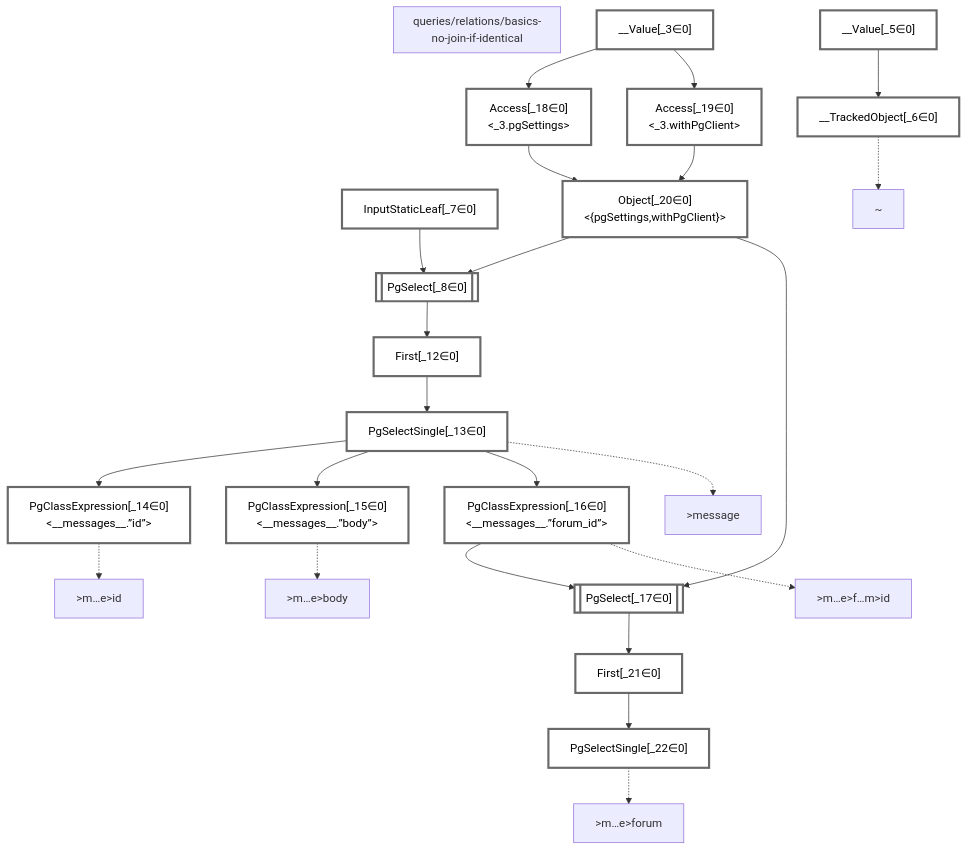
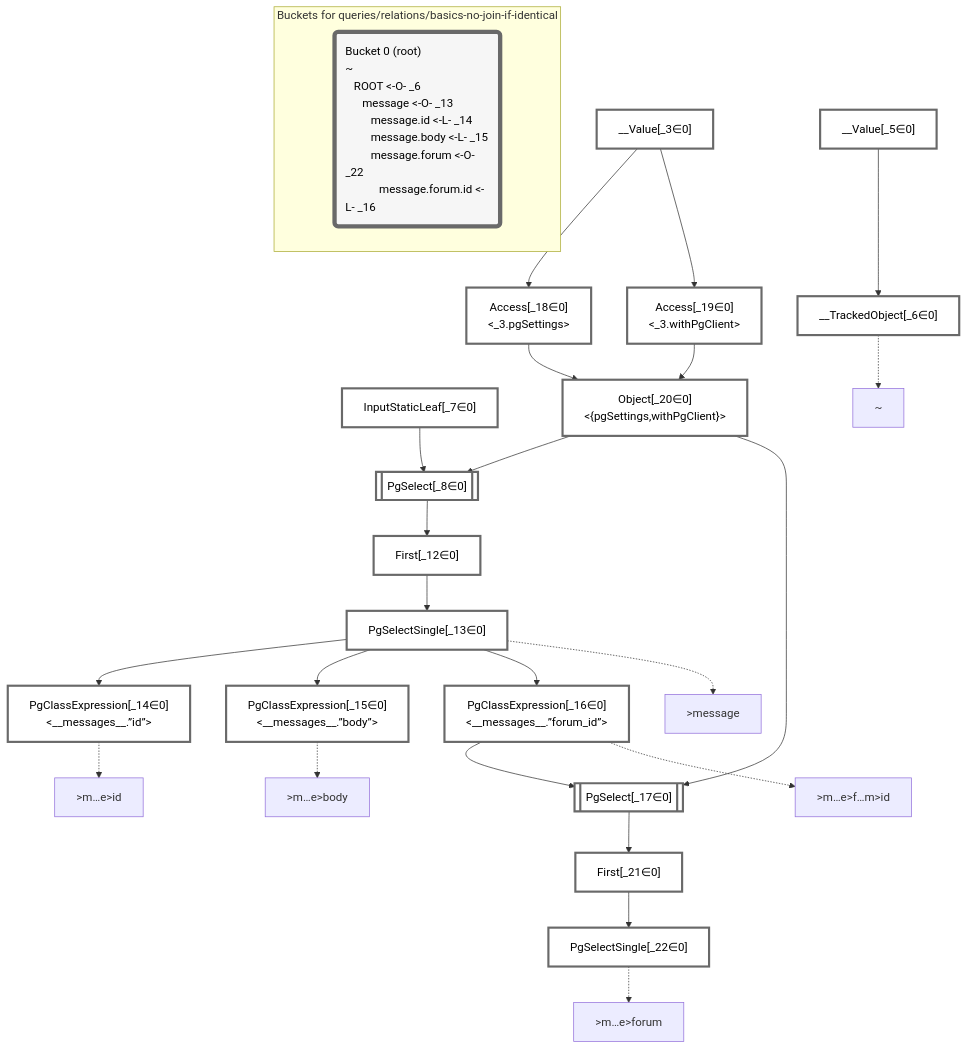
One commit to graphile/crystal changed the diagram in packages/dataplan-pg/__tests__/queries/relations/basics-no-join-if-identical.deopt.mermaid.md. Above: the diagram before and after it, drawn with Mermaid. The commit also changed 37 other files, not shown here.

````diff
--- a/packages/dataplan-pg/__tests__/queries/relations/basics-no-join-if-identical.deopt.mermaid.md
+++ b/packages/dataplan-pg/__tests__/queries/relations/basics-no-join-if-identical.deopt.mermaid.md
@@ -1,65 +1,68 @@
 ```mermaid
 graph TD
-    subgraph "queries/relations/basics-no-join-if-identical"
-    end
     classDef path fill:#eee,stroke:#000,color:#000
     classDef plan fill:#fff,stroke-width:3px,color:#000
     classDef itemplan fill:#fff,stroke-width:6px,color:#000
     classDef sideeffectplan fill:#f00,stroke-width:6px,color:#000
     classDef bucket fill:#f6f6f6,color:#000,stroke-width:6px,text-align:left
 
 
     %% define plans
     __Value_3["__Value[_3∈0]<br /><context>"]:::plan
     __Value_5["__Value[_5∈0]<br /><rootValue>"]:::plan
     __TrackedObject_6["__TrackedObject[_6∈0]"]:::plan
     InputStaticLeaf_7["InputStaticLeaf[_7∈0]"]:::plan
     PgSelect_8[["PgSelect[_8∈0]<br /><messages>"]]:::plan
     First_12["First[_12∈0]"]:::plan
     PgSelectSingle_13["PgSelectSingle[_13∈0]<br /><messages>"]:::plan
     PgClassExpression_14["PgClassExpression[_14∈0]<br /><__messages__.”id”>"]:::plan
     PgClassExpression_15["PgClassExpression[_15∈0]<br /><__messages__.”body”>"]:::plan
     PgClassExpression_16["PgClassExpression[_16∈0]<br /><__messages__.”forum_id”>"]:::plan
     PgSelect_17[["PgSelect[_17∈0]<br /><forums>"]]:::plan
     Access_18["Access[_18∈0]<br /><_3.pgSettings>"]:::plan
     Access_19["Access[_19∈0]<br /><_3.withPgClient>"]:::plan
     Object_20["Object[_20∈0]<br /><{pgSettings,withPgClient}>"]:::plan
     First_21["First[_21∈0]"]:::plan
     PgSelectSingle_22["PgSelectSingle[_22∈0]<br /><forums>"]:::plan
 
     %% plan dependencies
     __Value_5 --> __TrackedObject_6
     Object_20 --> PgSelect_8
     InputStaticLeaf_7 --> PgSelect_8
     PgSelect_8 --> First_12
     First_12 --> PgSelectSingle_13
     PgSelectSingle_13 --> PgClassExpression_14
     PgSelectSingle_13 --> PgClassExpression_15
     PgSelectSingle_13 --> PgClassExpression_16
     Object_20 --> PgSelect_17
     PgClassExpression_16 --> PgSelect_17
     __Value_3 --> Access_18
     __Value_3 --> Access_19
     Access_18 --> Object_20
     Access_19 --> Object_20
     PgSelect_17 --> First_21
     First_21 --> PgSelectSingle_22
 
     %% plan-to-path relationships
     P_6["~"]
     __TrackedObject_6 -.-> P_6
     P_13[">message"]
     PgSelectSingle_13 -.-> P_13
     P_14[">m…e>id"]
     PgClassExpression_14 -.-> P_14
     P_15[">m…e>body"]
     PgClassExpression_15 -.-> P_15
     P_16[">m…e>f…m>id"]
     PgClassExpression_16 -.-> P_16
     P_22[">m…e>forum"]
     PgSelectSingle_22 -.-> P_22
 
     %% allocate buckets
     classDef bucket0 stroke:#696969
     class __Value_3,__Value_5,__TrackedObject_6,InputStaticLeaf_7,PgSelect_8,First_12,PgSelectSingle_13,PgClassExpression_14,PgClassExpression_15,PgClassExpression_16,PgSelect_17,Access_18,Access_19,Object_20,First_21,PgSelectSingle_22 bucket0
+
+    subgraph "Buckets for queries/relations/basics-no-join-if-identical"
+    Bucket0("Bucket 0 (root)<br />~<br />⠀ROOT <-O- _6<br />⠀⠀message <-O- _13<br />⠀⠀⠀message.id <-L- _14<br />⠀⠀⠀message.body <-L- _15<br />⠀⠀⠀message.forum <-O- _22<br />⠀⠀⠀⠀message.forum.id <-L- _16"):::bucket
+    style Bucket0 stroke:#696969
+    end
 ```
````
